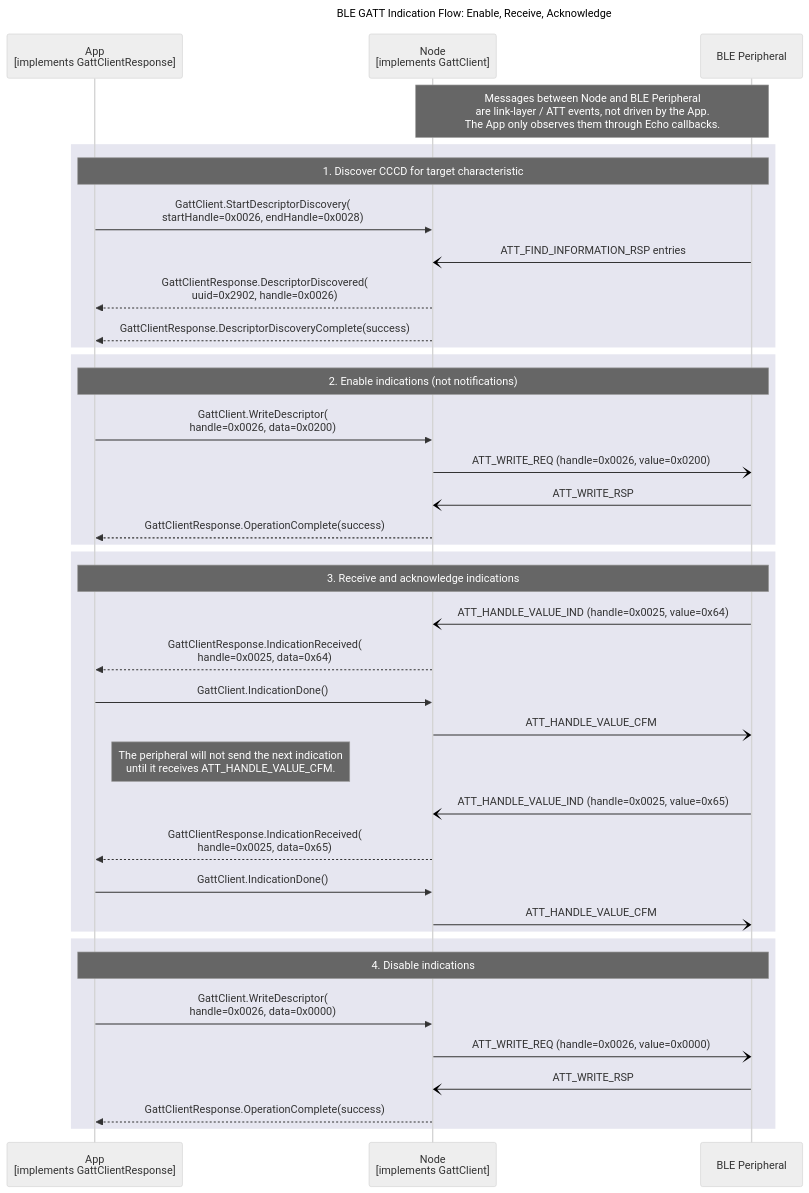
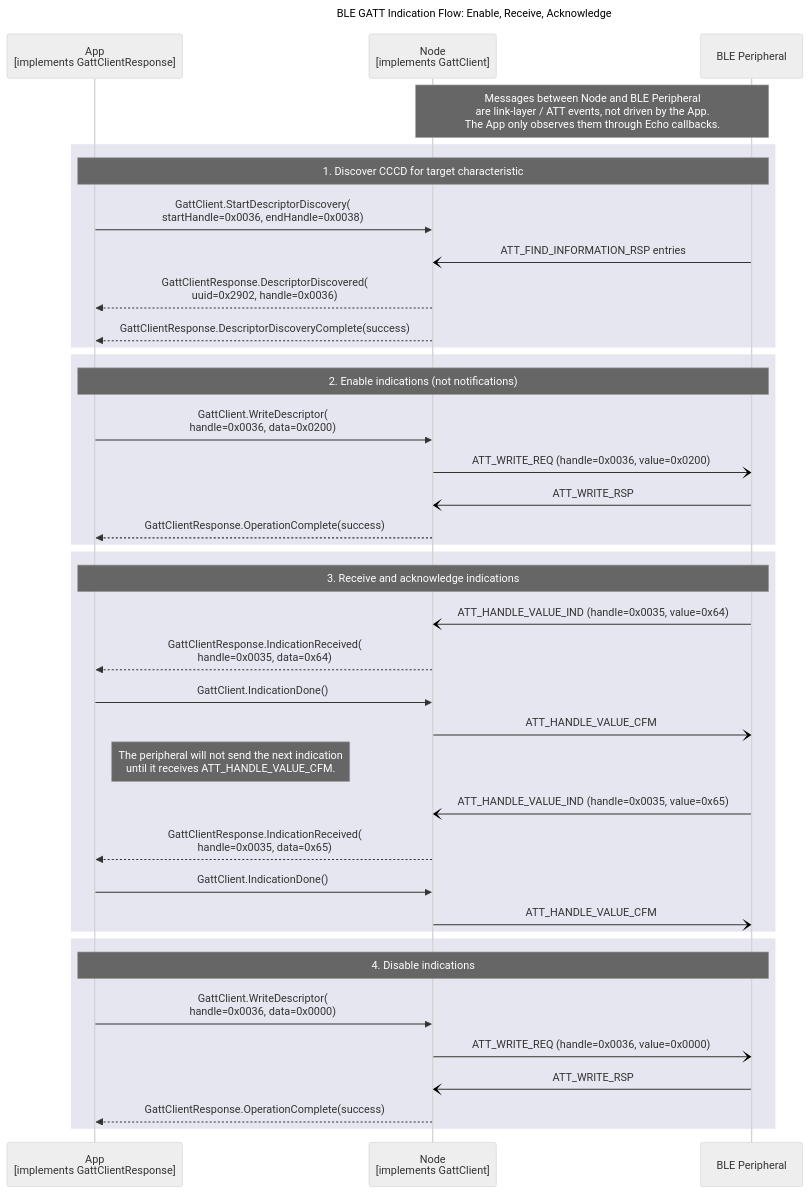
The diagram in documents/modules/ROOT/partials/echoservices/gatt_client/GattClient_IndicationFlow_sequence.mmd (philips-software/amp-embedded-infra-lib), drawn with Mermaid (neutral theme) before and after one commit. The commit also changed 6 other files, not shown here.

```diff
--- a/documents/modules/ROOT/partials/echoservices/gatt_client/GattClient_IndicationFlow_sequence.mmd
+++ b/documents/modules/ROOT/partials/echoservices/gatt_client/GattClient_IndicationFlow_sequence.mmd
@@ -1,46 +1,46 @@
 sequenceDiagram
     title BLE GATT Indication Flow: Enable, Receive, Acknowledge
 
     participant App as App<br>[implements GattClientResponse]
     participant Node as Node<br>[implements GattClient]
     participant Peripheral as BLE Peripheral
 
     Note over Node, Peripheral: Messages between Node and BLE Peripheral<br>are link-layer / ATT events, not driven by the App.<br>The App only observes them through Echo callbacks.
 
     rect rgb(230, 230, 240)
         note over App, Peripheral: 1. Discover CCCD for target characteristic
-        App->>Node: GattClient.StartDescriptorDiscovery(<br>startHandle=0x0026, endHandle=0x0028)
+        App->>Node: GattClient.StartDescriptorDiscovery(<br>startHandle=0x0036, endHandle=0x0038)
         Peripheral-)Node: ATT_FIND_INFORMATION_RSP entries
-        Node-->>App: GattClientResponse.DescriptorDiscovered(<br>uuid=0x2902, handle=0x0026)
+        Node-->>App: GattClientResponse.DescriptorDiscovered(<br>uuid=0x2902, handle=0x0036)
         Node-->>App: GattClientResponse.DescriptorDiscoveryComplete(success)
     end
 
     rect rgb(230, 230, 240)
         note over App, Peripheral: 2. Enable indications (not notifications)
-        App->>Node: GattClient.WriteDescriptor(<br>handle=0x0026, data=0x0200)
-        Node-)Peripheral: ATT_WRITE_REQ (handle=0x0026, value=0x0200)
+        App->>Node: GattClient.WriteDescriptor(<br>handle=0x0036, data=0x0200)
+        Node-)Peripheral: ATT_WRITE_REQ (handle=0x0036, value=0x0200)
         Peripheral-)Node: ATT_WRITE_RSP
         Node-->>App: GattClientResponse.OperationComplete(success)
     end
 
     rect rgb(230, 230, 240)
         note over App, Peripheral: 3. Receive and acknowledge indications
-        Peripheral-)Node: ATT_HANDLE_VALUE_IND (handle=0x0025, value=0x64)
-        Node-->>App: GattClientResponse.IndicationReceived(<br>handle=0x0025, data=0x64)
+        Peripheral-)Node: ATT_HANDLE_VALUE_IND (handle=0x0035, value=0x64)
+        Node-->>App: GattClientResponse.IndicationReceived(<br>handle=0x0035, data=0x64)
         App->>Node: GattClient.IndicationDone()
         Node-)Peripheral: ATT_HANDLE_VALUE_CFM
         Note right of App: The peripheral will not send the next indication<br>until it receives ATT_HANDLE_VALUE_CFM.
 
-        Peripheral-)Node: ATT_HANDLE_VALUE_IND (handle=0x0025, value=0x65)
-        Node-->>App: GattClientResponse.IndicationReceived(<br>handle=0x0025, data=0x65)
+        Peripheral-)Node: ATT_HANDLE_VALUE_IND (handle=0x0035, value=0x65)
+        Node-->>App: GattClientResponse.IndicationReceived(<br>handle=0x0035, data=0x65)
         App->>Node: GattClient.IndicationDone()
         Node-)Peripheral: ATT_HANDLE_VALUE_CFM
     end
 
     rect rgb(230, 230, 240)
         note over App, Peripheral: 4. Disable indications
-        App->>Node: GattClient.WriteDescriptor(<br>handle=0x0026, data=0x0000)
-        Node-)Peripheral: ATT_WRITE_REQ (handle=0x0026, value=0x0000)
+        App->>Node: GattClient.WriteDescriptor(<br>handle=0x0036, data=0x0000)
+        Node-)Peripheral: ATT_WRITE_REQ (handle=0x0036, value=0x0000)
         Peripheral-)Node: ATT_WRITE_RSP
         Node-->>App: GattClientResponse.OperationComplete(success)
     end
```
